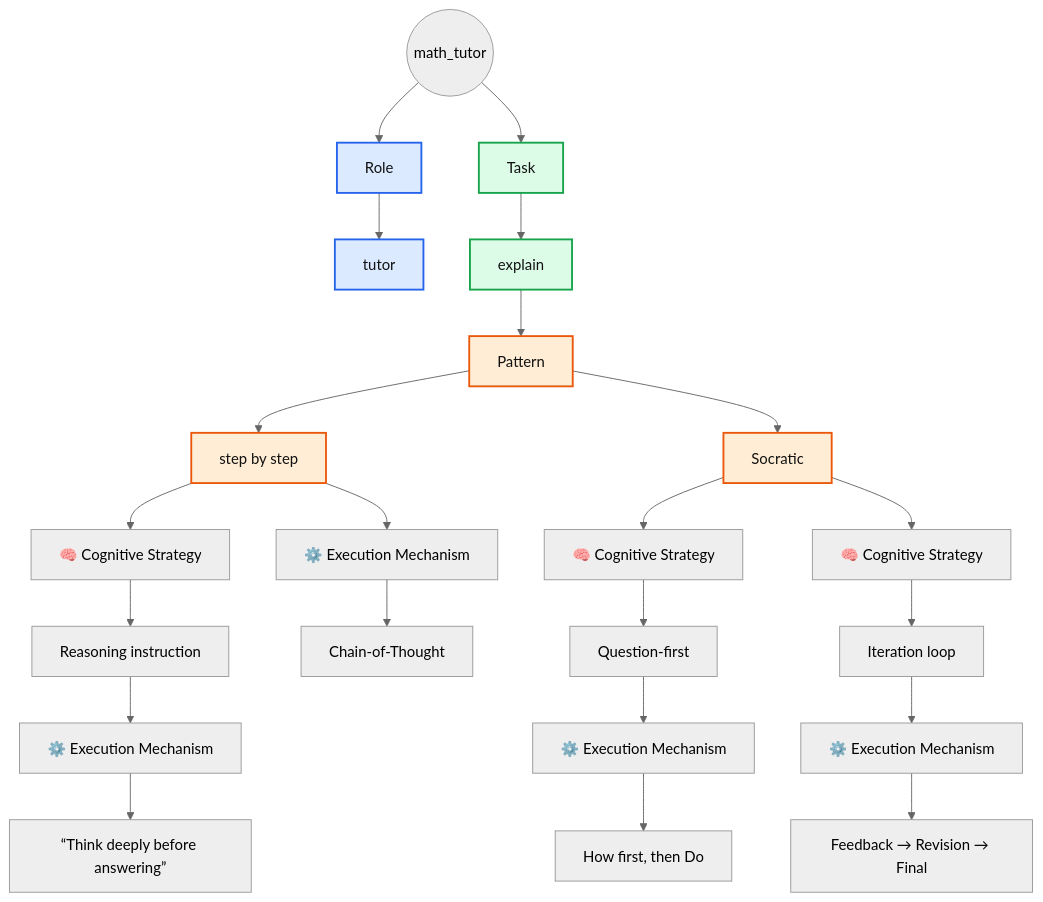
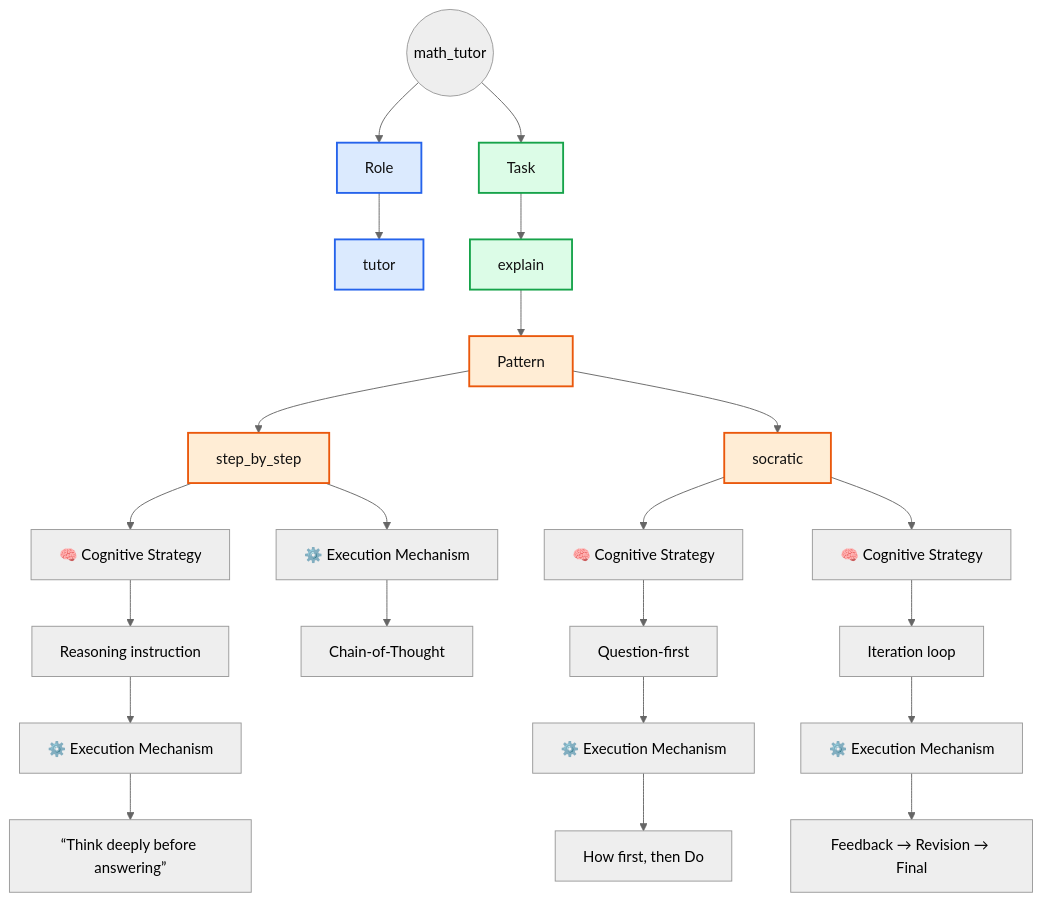
Before and after one commit to perfectCoder-dev/Ai-promt-en: the second of 2 diagrams in docs/prompts/agents/default_agents.md, drawn with Mermaid (neutral theme). The commit also changed other lines of this file, not shown here.

Commit message:
Create cs_instructor flowchart.

````diff
--- a/docs/prompts/agents/default_agents.md
+++ b/docs/prompts/agents/default_agents.md
@@ -18,44 +91,44 @@
 ```mermaid
 flowchart TD
 
 A((math_tutor))
 
 A --> B[Role]
 B --> C[tutor]
 
 A --> D[Task]
 D --> E[explain]
 E --> F[Pattern]
 
-F --> G[step by step]
+F --> G[step_by_step]
 G --> H[🧠 Cognitive Strategy]
 H --> I[Reasoning instruction]
 
 I --> J[⚙️ Execution Mechanism]
 J --> K[“Think deeply before answering”]
 
 G --> L[⚙️ Execution Mechanism]
 L --> M[Chain-of-Thought]
 
-F --> N[Socratic]
+F --> N[socratic]
 N --> O[🧠 Cognitive Strategy]
 O --> P[Question-first]
 P --> Q[⚙️ Execution Mechanism]
 Q --> R[How first, then Do]
 
 N --> S[🧠 Cognitive Strategy]
 S --> T[Iteration loop]
 T --> U[⚙️ Execution Mechanism]
 U --> V[Feedback → Revision → Final]
 
 %% Color definitions
 classDef role fill:#dbeafe,stroke:#2563eb,stroke-width:2px,color:#111;
 classDef task fill:#dcfce7,stroke:#16a34a,stroke-width:2px,color:#111;
 classDef pattern fill:#ffedd5,stroke:#ea580c,stroke-width:2px,color:#111;
 
 %% Apply colors
 class B,C role
 class D,E task
 class F,G,N pattern
 
 ```
````
